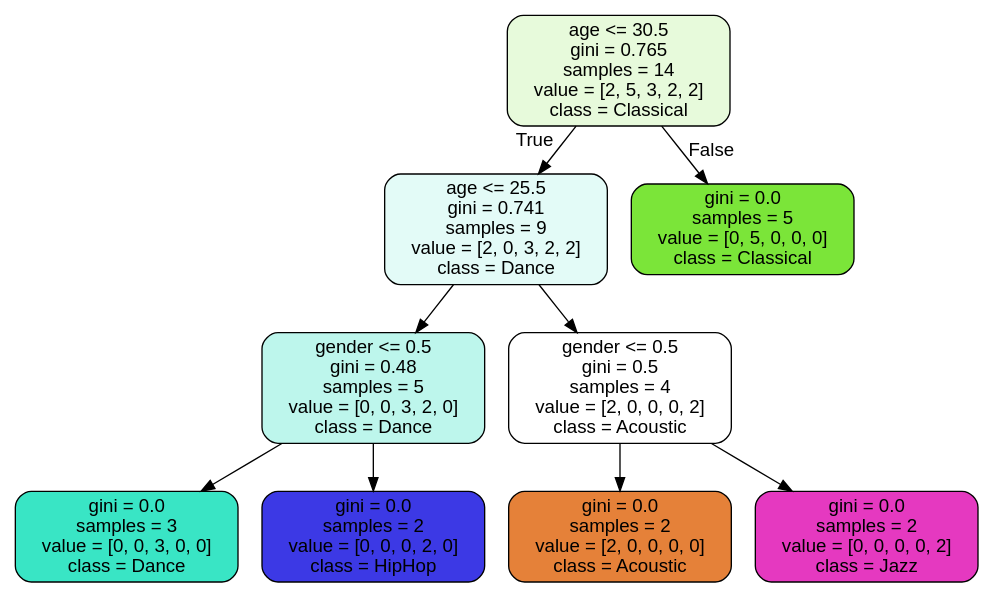
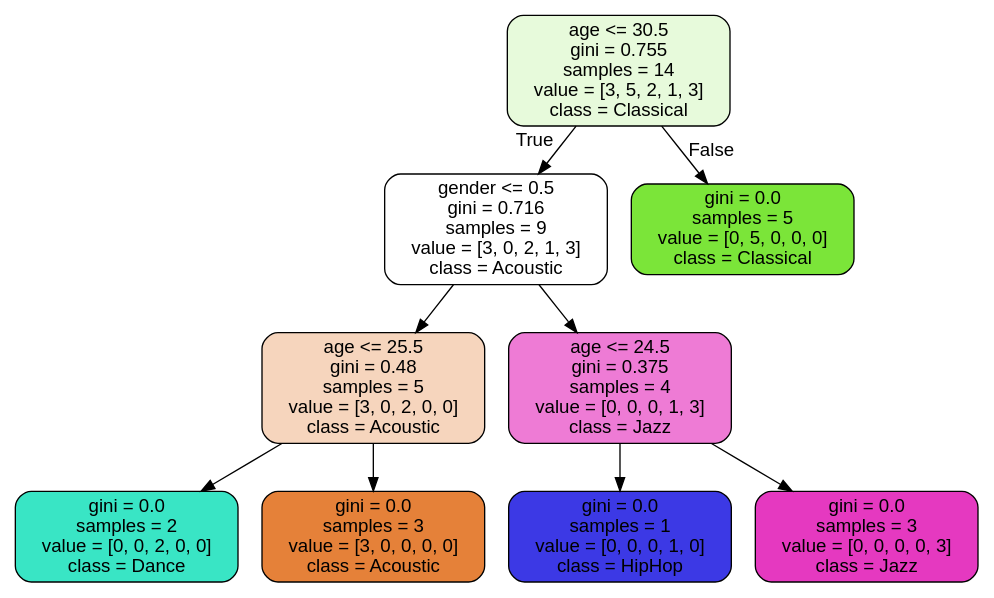
One commit to fbastos231/CIS579-HW1 changed the diagram in code/music-genre-predictor.dot. Above: the diagram before and after it, drawn with Graphviz. The commit also changed 2 other files, not shown here.

```diff
--- a/code/music-genre-predictor.dot
+++ b/code/music-genre-predictor.dot
@@ -1,21 +1,21 @@
 digraph Tree {
 node [shape=box, style="filled, rounded", color="black", fontname="helvetica"] ;
 edge [fontname="helvetica"] ;
-0 [label="age <= 30.5\ngini = 0.765\nsamples = 14\nvalue = [2, 5, 3, 2, 2]\nclass = Classical", fillcolor="#e7fadb"] ;
-1 [label="age <= 25.5\ngini = 0.741\nsamples = 9\nvalue = [2, 0, 3, 2, 2]\nclass = Dance", fillcolor="#e3fbf7"] ;
+0 [label="age <= 30.5\ngini = 0.755\nsamples = 14\nvalue = [3, 5, 2, 1, 3]\nclass = Classical", fillcolor="#e7fadb"] ;
+1 [label="gender <= 0.5\ngini = 0.716\nsamples = 9\nvalue = [3, 0, 2, 1, 3]\nclass = Acoustic", fillcolor="#ffffff"] ;
 0 -> 1 [labeldistance=2.5, labelangle=45, headlabel="True"] ;
-2 [label="gender <= 0.5\ngini = 0.48\nsamples = 5\nvalue = [0, 0, 3, 2, 0]\nclass = Dance", fillcolor="#bdf6ec"] ;
+2 [label="age <= 25.5\ngini = 0.48\nsamples = 5\nvalue = [3, 0, 2, 0, 0]\nclass = Acoustic", fillcolor="#f6d5bd"] ;
 1 -> 2 ;
-3 [label="gini = 0.0\nsamples = 3\nvalue = [0, 0, 3, 0, 0]\nclass = Dance", fillcolor="#39e5c5"] ;
+3 [label="gini = 0.0\nsamples = 2\nvalue = [0, 0, 2, 0, 0]\nclass = Dance", fillcolor="#39e5c5"] ;
 2 -> 3 ;
-4 [label="gini = 0.0\nsamples = 2\nvalue = [0, 0, 0, 2, 0]\nclass = HipHop", fillcolor="#3c39e5"] ;
+4 [label="gini = 0.0\nsamples = 3\nvalue = [3, 0, 0, 0, 0]\nclass = Acoustic", fillcolor="#e58139"] ;
 2 -> 4 ;
-5 [label="gender <= 0.5\ngini = 0.5\nsamples = 4\nvalue = [2, 0, 0, 0, 2]\nclass = Acoustic", fillcolor="#ffffff"] ;
+5 [label="age <= 24.5\ngini = 0.375\nsamples = 4\nvalue = [0, 0, 0, 1, 3]\nclass = Jazz", fillcolor="#ee7bd5"] ;
 1 -> 5 ;
-6 [label="gini = 0.0\nsamples = 2\nvalue = [2, 0, 0, 0, 0]\nclass = Acoustic", fillcolor="#e58139"] ;
+6 [label="gini = 0.0\nsamples = 1\nvalue = [0, 0, 0, 1, 0]\nclass = HipHop", fillcolor="#3c39e5"] ;
 5 -> 6 ;
-7 [label="gini = 0.0\nsamples = 2\nvalue = [0, 0, 0, 0, 2]\nclass = Jazz", fillcolor="#e539c0"] ;
+7 [label="gini = 0.0\nsamples = 3\nvalue = [0, 0, 0, 0, 3]\nclass = Jazz", fillcolor="#e539c0"] ;
 5 -> 7 ;
 8 [label="gini = 0.0\nsamples = 5\nvalue = [0, 5, 0, 0, 0]\nclass = Classical", fillcolor="#7be539"] ;
 0 -> 8 [labeldistance=2.5, labelangle=-45, headlabel="False"] ;
 }
```
